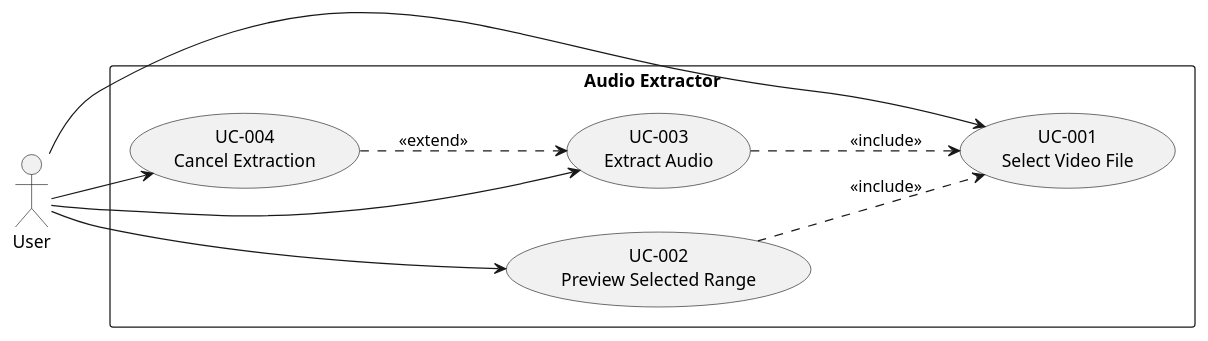
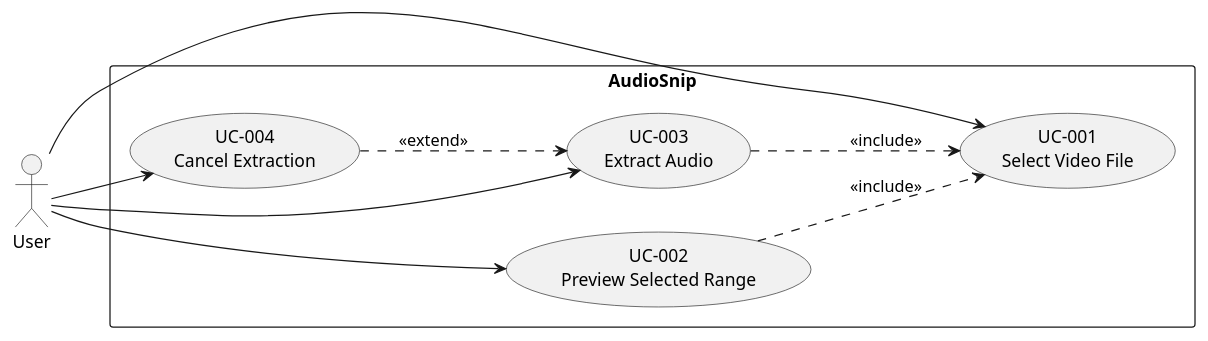
One commit to nikbucher/audio-extractor changed the diagram in docs/use_cases.puml. Above: the diagram before and after it, drawn with PlantUML. The commit also changed 14 other files, not shown here.

Commit message:
chore: rename app from audio-extractor to AudioSnip

```diff
--- a/docs/use_cases.puml
+++ b/docs/use_cases.puml
@@ -1,22 +1,22 @@
 @startuml Use Cases Overview
 left to right direction
 
 actor "User" as user
 
-rectangle "Audio Extractor" {
+rectangle "AudioSnip" {
     usecase "UC-001\nSelect Video File" as UC001
     usecase "UC-002\nPreview Selected Range" as UC002
     usecase "UC-003\nExtract Audio" as UC003
     usecase "UC-004\nCancel Extraction" as UC004
 }
 
 user --> UC001
 user --> UC002
 user --> UC003
 user --> UC004
 
 UC002 ..> UC001 : <<include>>
 UC003 ..> UC001 : <<include>>
 UC004 ..> UC003 : <<extend>>
 
 @enduml
```
